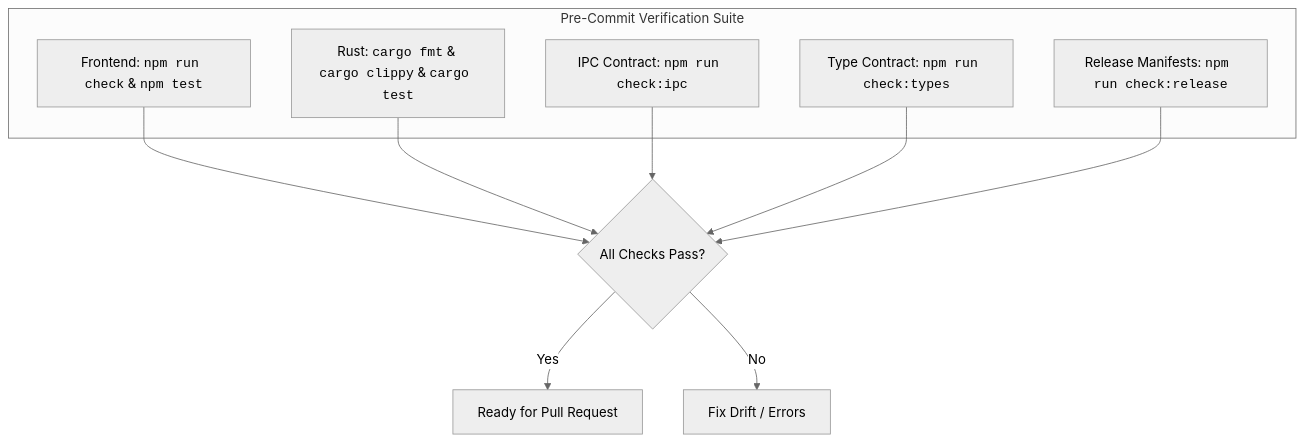
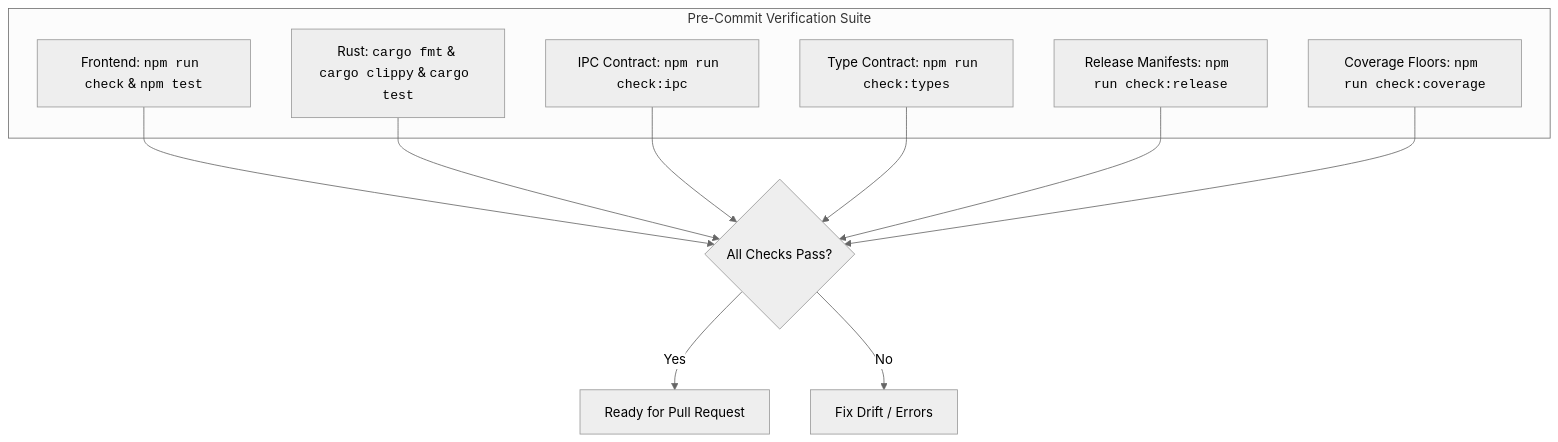
One commit to bharathvbcr/GitPulse changed the diagram in CONTRIBUTING.md. Above: the diagram before and after it, drawn with Mermaid (neutral theme). The commit also changed other lines of this file and 7 other files, not shown here.

First line of the commit message:
ci(coverage): enforce coverage floors in the local gate

````diff
--- a/CONTRIBUTING.md
+++ b/CONTRIBUTING.md
@@ -96,19 +102,21 @@
 ```mermaid
 flowchart TD
     subgraph PreCommit["Pre-Commit Verification Suite"]
         FrontendChecks["Frontend: <code>npm run check</code> & <code>npm test</code>"]
         RustChecks["Rust: <code>cargo fmt</code> & <code>cargo clippy</code> & <code>cargo test</code>"]
         IPCCheck["IPC Contract: <code>npm run check:ipc</code>"]
         TypeCheck["Type Contract: <code>npm run check:types</code>"]
         ReleaseCheck["Release Manifests: <code>npm run check:release</code>"]
+        CoverageCheck["Coverage Floors: <code>npm run check:coverage</code>"]
     end
 
     FrontendChecks --> AllPass{"All Checks Pass?"}
     RustChecks --> AllPass
     IPCCheck --> AllPass
     TypeCheck --> AllPass
     ReleaseCheck --> AllPass
+    CoverageCheck --> AllPass
 
     AllPass -->|Yes| ReadyPR["Ready for Pull Request"]
     AllPass -->|No| FixCode["Fix Drift / Errors"]
 ```
````
